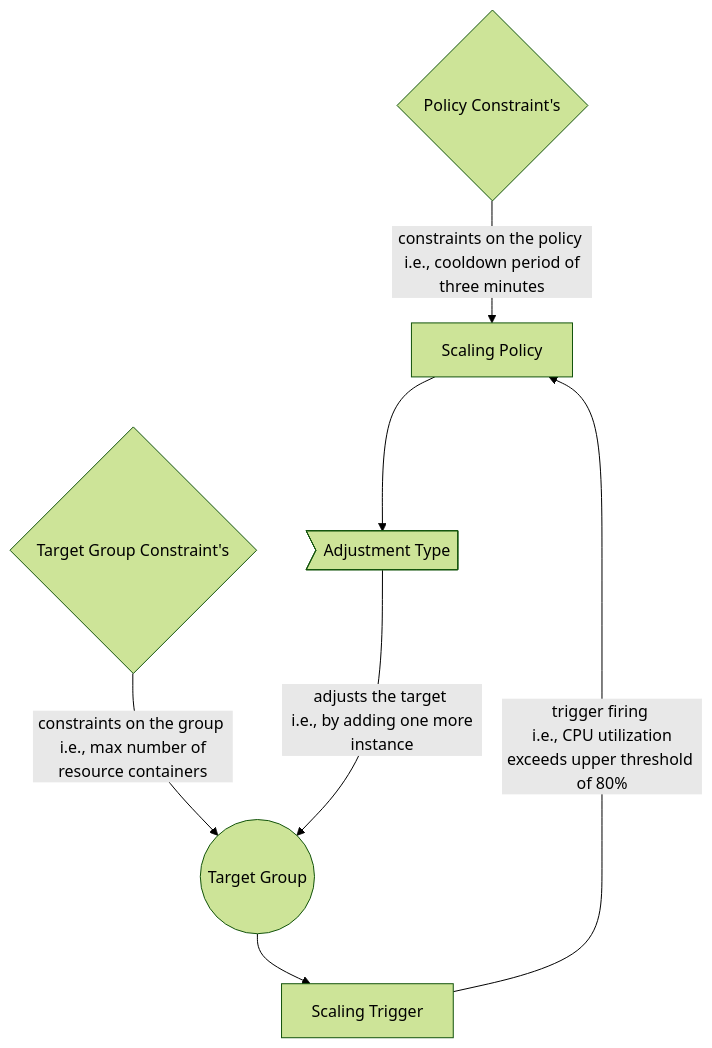
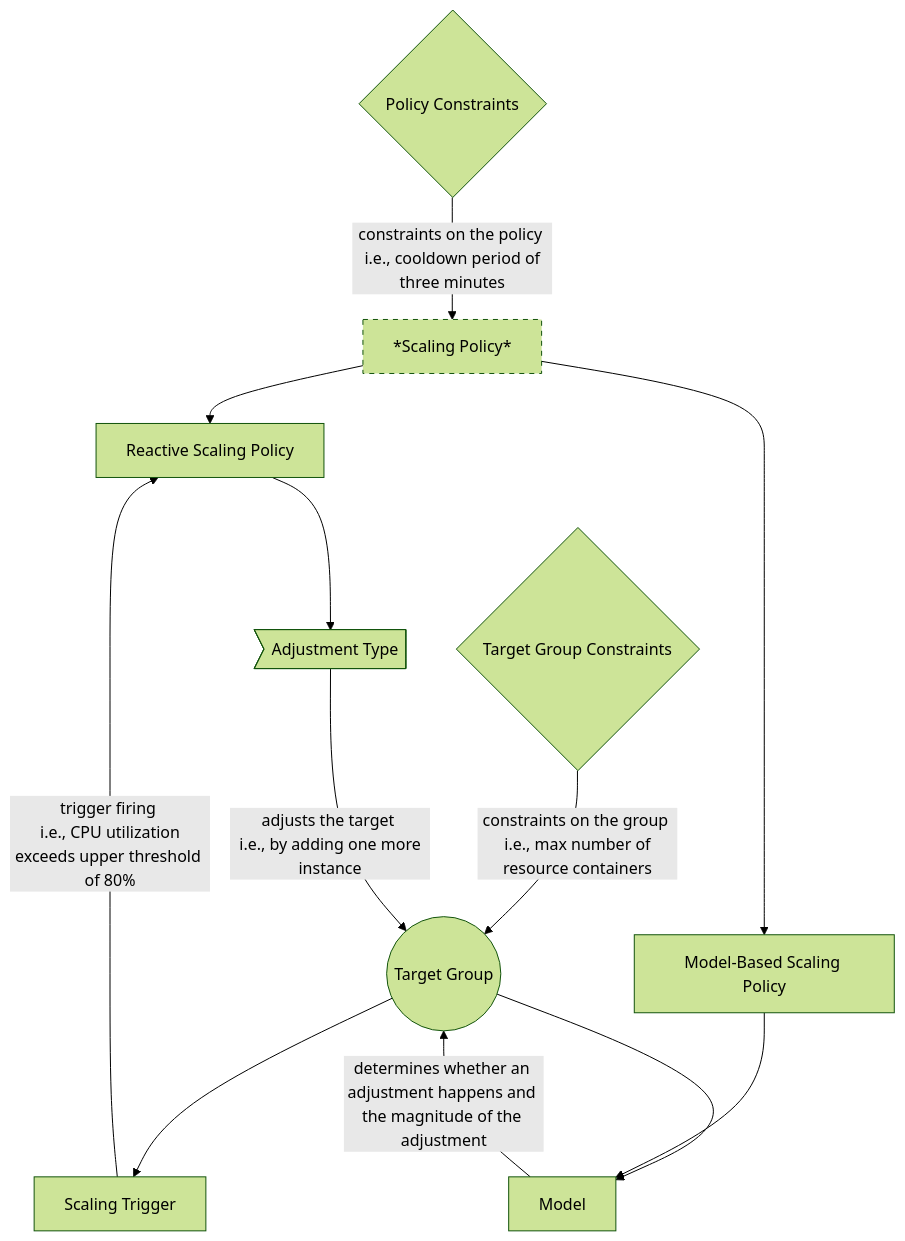
Before and after one commit to berbjs/Palladio-Addons-SPD-Metamodel: the diagram in README.md, drawn with Mermaid (forest theme).

Commit message:
Update the conceptual overview in the README

````diff
--- a/README.md
+++ b/README.md
@@ -8,15 +8,24 @@
 ```mermaid
 graph
-    A[Scaling Policy]
+    style A stroke-dasharray: 5 5
+    A[*Scaling Policy*]
+    A'[Reactive Scaling Policy]
+    A''[Model-Based Scaling Policy]
     B>Adjustment Type]
     C[Scaling Trigger]
     D((Target Group))
-    PCon{Policy Constraint's}
-    TCon{Target Group Constraint's}
+    E[Model]
+    PCon{"Policy Constraints"}
+    TCon{"Target Group Constraints"}
     PCon -- constraints on the policy <br> i.e., cooldown period of three minutes  --> A
     TCon -- constraints on the group <br> i.e., max number of resource containers --> D
-    C -- trigger firing <br> i.e., CPU utilization exceeds upper threshold of 80% --> A
-    A --> B
+    C -- trigger firing <br> i.e., CPU utilization exceeds upper threshold of 80% --> A'
+    A' --> B
+    A --> A'
+    A --> A''
     B -- adjusts the target <br> i.e., by adding one more instance --> D
     D --> C
+    D --> E
+    A'' --> E
+    E -- determines whether an adjustment happens and the magnitude of the adjustment  --> D
 ```
````
